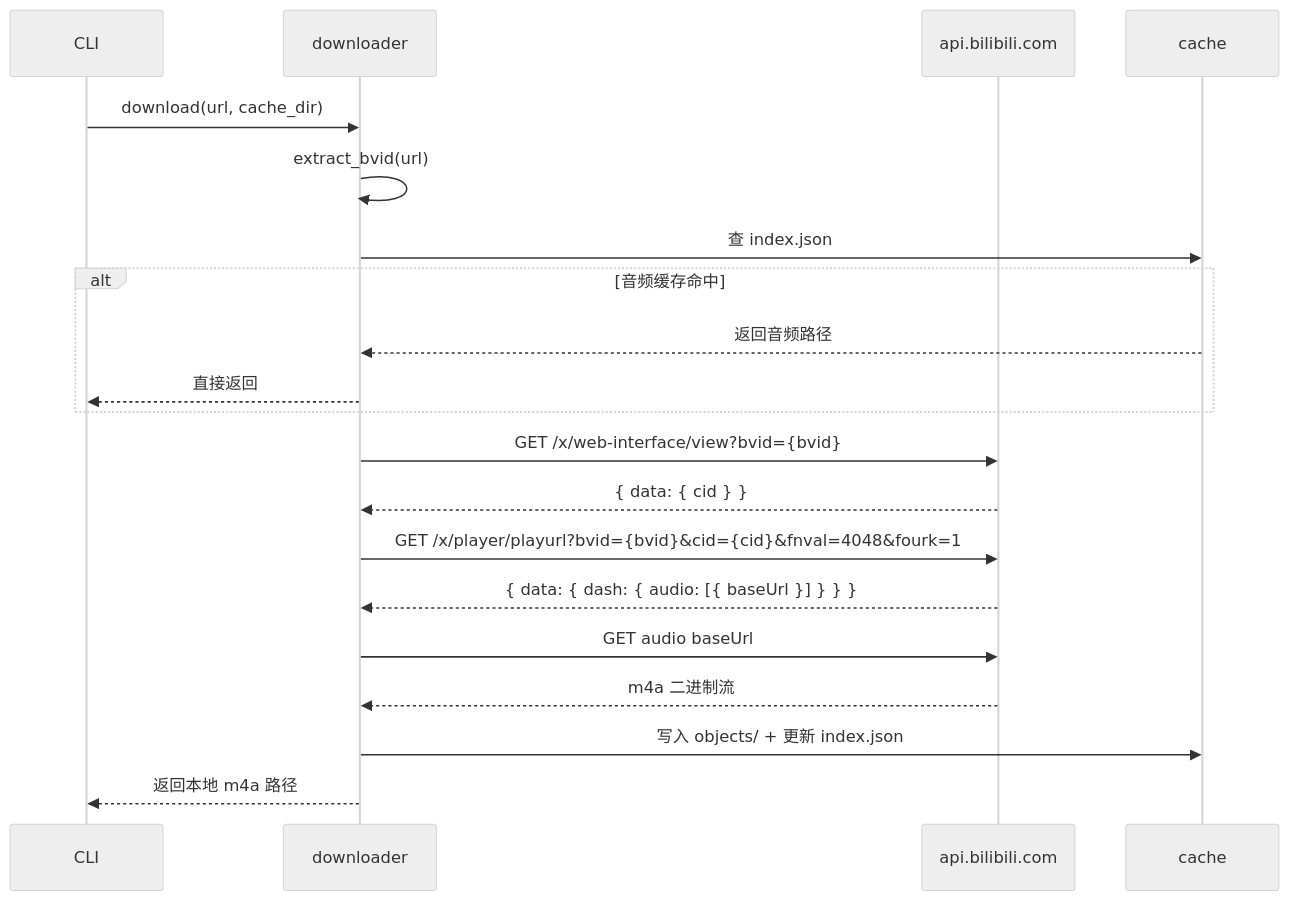
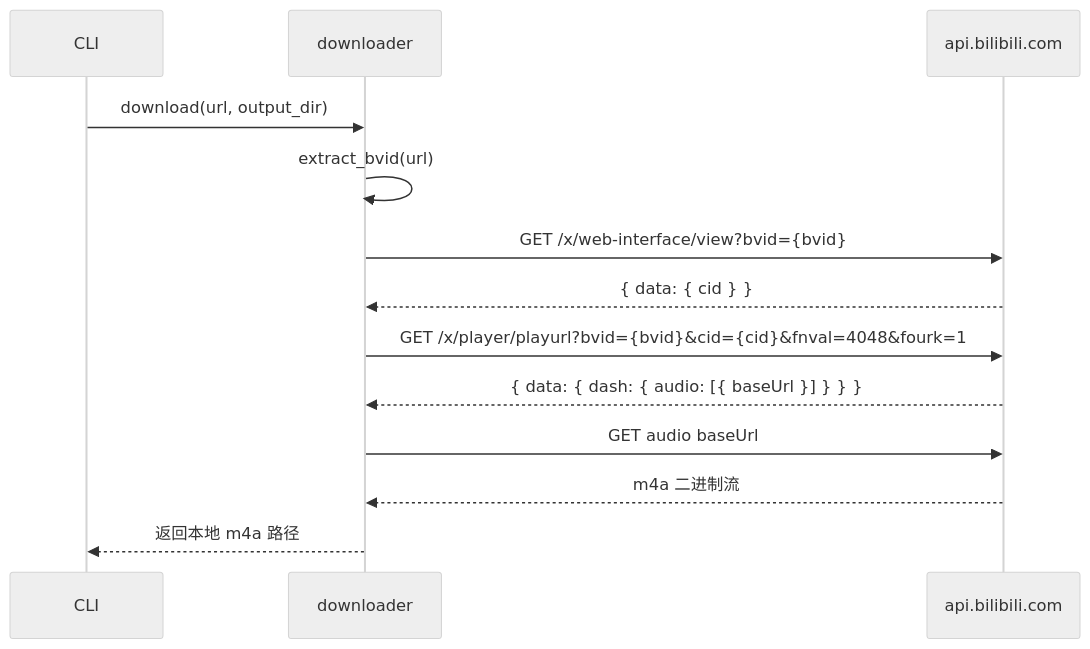
One commit to kechengzhang28/Vid2Text-Skill changed the fourth of 5 diagrams in docs/dev.md. Above: the diagram before and after it, drawn with Mermaid (neutral theme). The commit also changed other lines of this file and 2 other files, not shown here.

First line of the commit message:
docs: improve project documentation and remove cache design

````diff
--- a/docs/dev.md
+++ b/docs/dev.md
@@ -183,23 +113,16 @@
 ```mermaid
 sequenceDiagram
     participant CLI
     participant DL as downloader
     participant API as api.bilibili.com
-    participant Cache as cache
 
-    CLI->>DL: download(url, cache_dir)
+    CLI->>DL: download(url, output_dir)
     DL->>DL: extract_bvid(url)
-    DL->>Cache: 查 index.json
-    alt 音频缓存命中
-        Cache-->>DL: 返回音频路径
-        DL-->>CLI: 直接返回
-    end
     DL->>API: GET /x/web-interface/view?bvid={bvid}
     API-->>DL: { data: { cid } }
     DL->>API: GET /x/player/playurl?bvid={bvid}&cid={cid}&fnval=4048&fourk=1
     API-->>DL: { data: { dash: { audio: [{ baseUrl }] } } }
     DL->>API: GET audio baseUrl
     API-->>DL: m4a 二进制流
-    DL->>Cache: 写入 objects/ + 更新 index.json
     DL-->>CLI: 返回本地 m4a 路径
 ```
````
